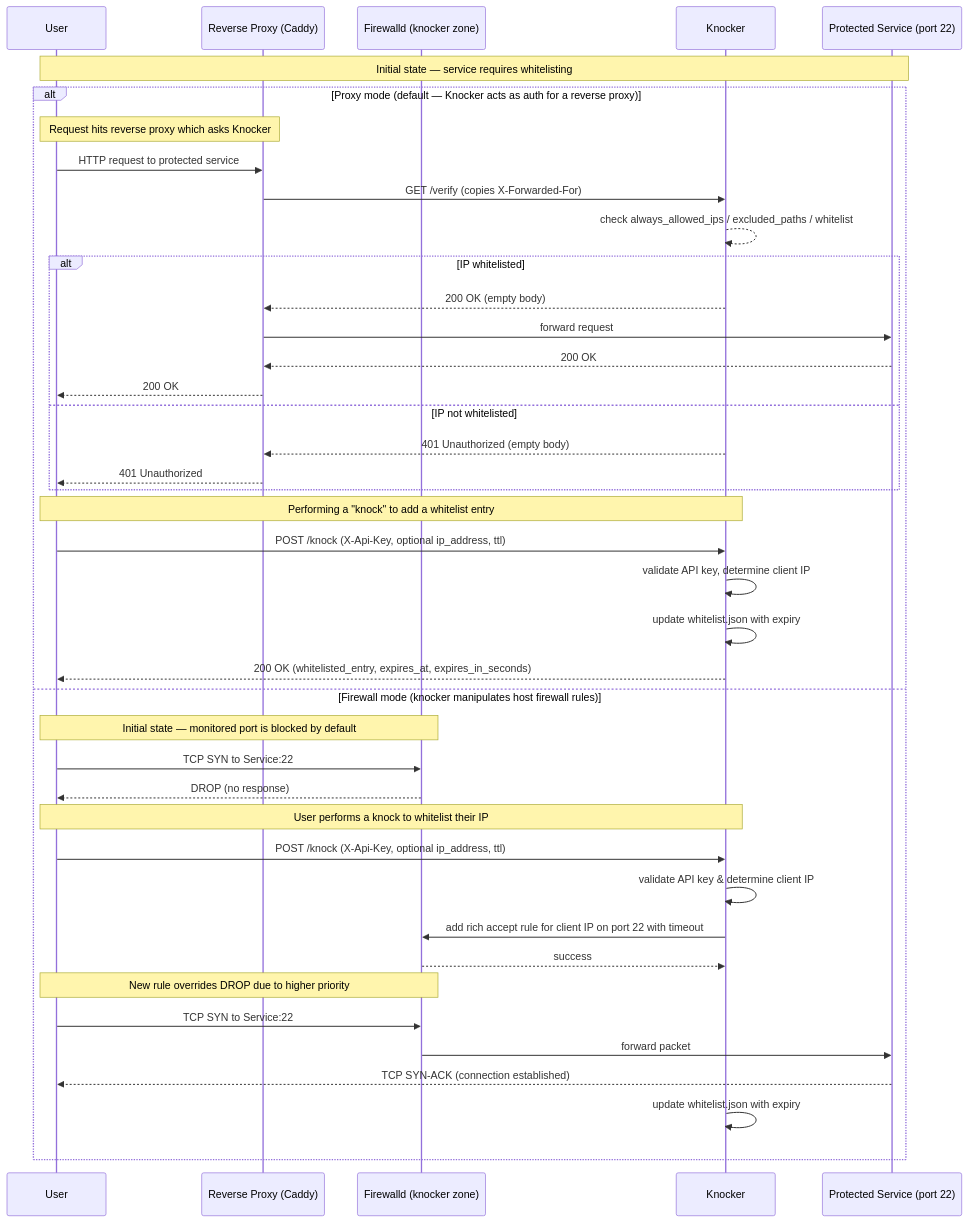
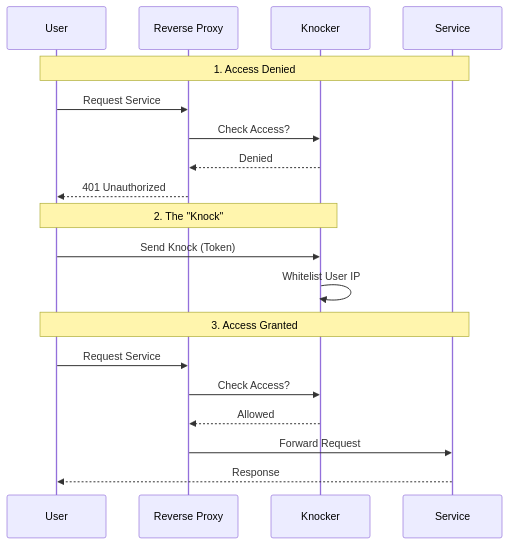
One commit to FarisZR/FarisZR.com changed the first of 2 diagrams in content/post/knocker-access-your-homelab-without-vpn/index.md. Above: the diagram before and after it, drawn with Mermaid. The commit also changed other lines of this file and 84 other files, not shown here.

Commit message:
split diagram into two

````diff
--- a/content/post/knocker-access-your-homelab-without-vpn/index.md
+++ b/content/post/knocker-access-your-homelab-without-vpn/index.md
@@ -30,48 +30,24 @@
 ```mermaid
 sequenceDiagram
     participant User
-    participant Caddy as Reverse Proxy (Caddy)
-    participant Firewall as Firewalld (knocker zone)
+    participant Caddy as Reverse Proxy
     participant Knocker
-    participant Service as Protected Service (port 22)
+    participant Service
 
-    Note over User,Service: Initial state — service requires whitelisting
+    Note over User,Service: 1. Access Denied
+    User->>Caddy: Request Service
+    Caddy->>Knocker: Check Access?
+    Knocker-->>Caddy: Denied
+    Caddy-->>User: 401 Unauthorized
 
-    alt Proxy mode (default — Knocker acts as auth for a reverse proxy)
-        Note over User,Caddy: Request hits reverse proxy which asks Knocker
-        User->>Caddy: HTTP request to protected service
-        Caddy->>Knocker: GET /verify (copies X-Forwarded-For)
-        Knocker-->>Knocker: check always_allowed_ips / excluded_paths / whitelist
-        alt IP whitelisted
-            Knocker-->>Caddy: 200 OK (empty body)
-            Caddy->>Service: forward request
-            Service-->>Caddy: 200 OK
-            Caddy-->>User: 200 OK
-        else IP not whitelisted
-            Knocker-->>Caddy: 401 Unauthorized (empty body)
-            Caddy-->>User: 401 Unauthorized
-        end
+    Note over User,Knocker: 2. The "Knock"
+    User->>Knocker: Send Knock (Token)
+    Knocker->>Knocker: Whitelist User IP
 
-        Note over User,Knocker: Performing a "knock" to add a whitelist entry
-        User->>Knocker: POST /knock (X-Api-Key, optional ip_address, ttl)
-        Knocker->>Knocker: validate API key, determine client IP
-        Knocker->>Knocker: update whitelist.json with expiry
-        Knocker-->>User: 200 OK (whitelisted_entry, expires_at, expires_in_seconds)
-    else Firewall mode (knocker manipulates host firewall rules)
-        Note over User,Firewall: Initial state — monitored port is blocked by default
-        User->>Firewall: TCP SYN to Service:22
-        Firewall-->>User: DROP (no response)
-
-        Note over User,Knocker: User performs a knock to whitelist their IP
-        User->>Knocker: POST /knock (X-Api-Key, optional ip_address, ttl)
-        Knocker->>Knocker: validate API key & determine client IP
-        Knocker->>Firewall: add rich accept rule for client IP on port 22 with timeout
-        Firewall-->>Knocker: success
-
-        Note over Firewall,User: New rule overrides DROP due to higher priority
-        User->>Firewall: TCP SYN to Service:22
-        Firewall->>Service: forward packet
-        Service-->>User: TCP SYN-ACK (connection established)
-        Knocker->>Knocker: update whitelist.json with expiry
-    end
+    Note over User,Service: 3. Access Granted
+    User->>Caddy: Request Service
+    Caddy->>Knocker: Check Access?
+    Knocker-->>Caddy: Allowed
+    Caddy->>Service: Forward Request
+    Service-->>User: Response
 ```
````
